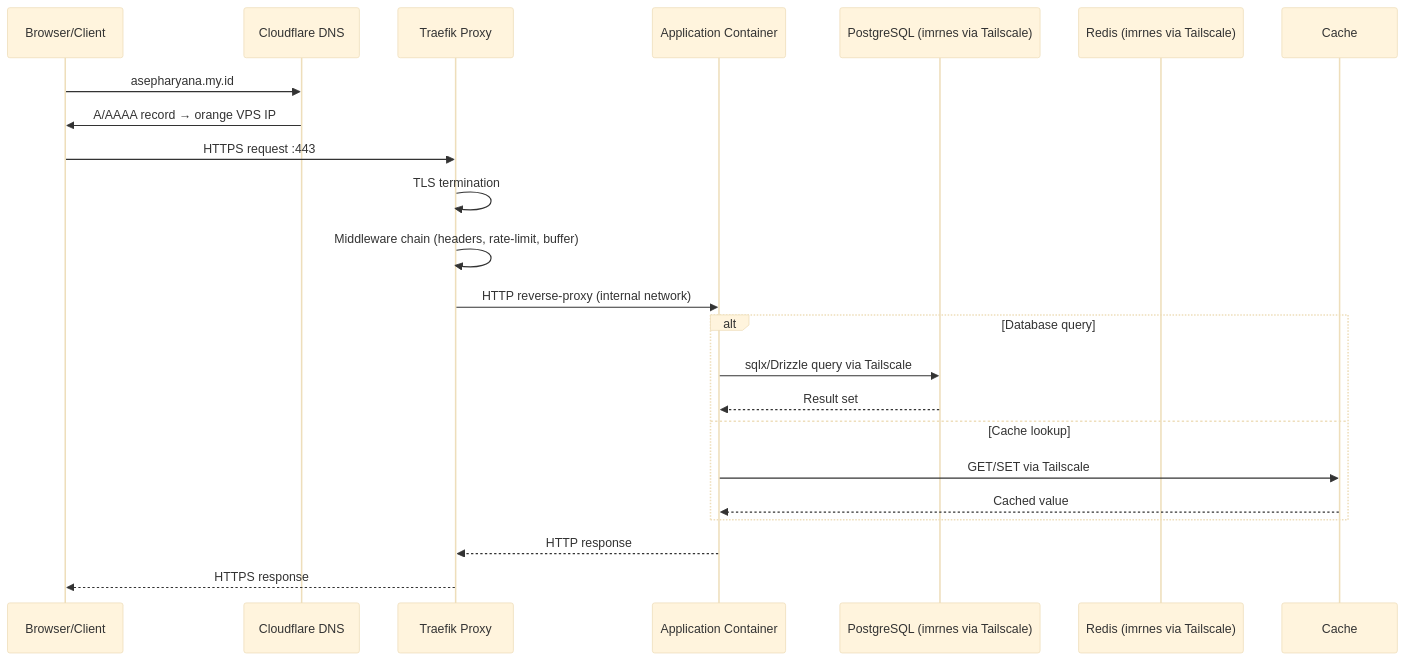
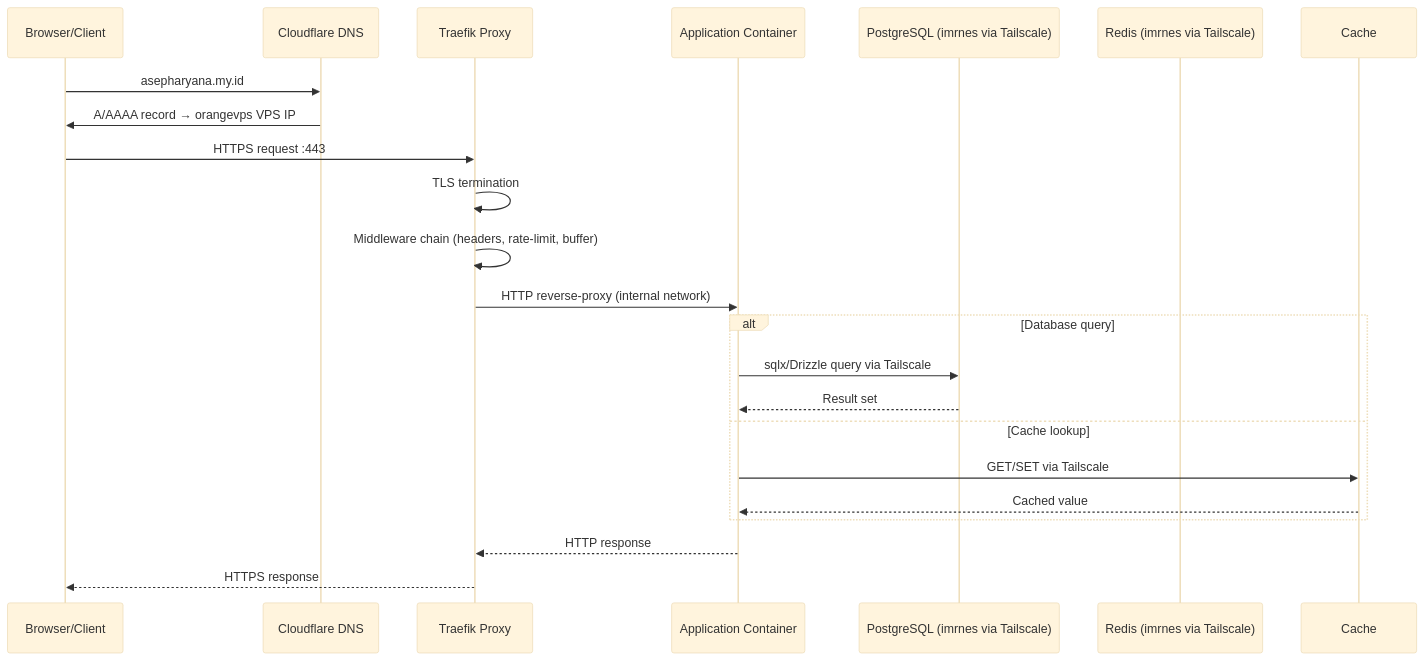
The second of 5 diagrams in ARCHITECTURE.md (asepharyana/asepharyana-hub), drawn with Mermaid (base theme) before and after one commit. The commit also changed other lines of this file and 2 other files, not shown here.

````diff
--- a/ARCHITECTURE.md
+++ b/ARCHITECTURE.md
@@ -126,27 +124,27 @@
 ```mermaid
 sequenceDiagram
     participant User as Browser/Client
     participant DNS as Cloudflare DNS
     participant Traefik as Traefik Proxy
     participant App as Application Container
     participant DB as PostgreSQL (imrnes via Tailscale)
     participant Redis as Redis (imrnes via Tailscale)
 
     User->>DNS: asepharyana.my.id
-    DNS->>User: A/AAAA record → orange VPS IP
+    DNS->>User: A/AAAA record → orangevps VPS IP
     User->>Traefik: HTTPS request :443
     Traefik->>Traefik: TLS termination
     Traefik->>Traefik: Middleware chain (headers, rate-limit, buffer)
     Traefik->>App: HTTP reverse-proxy (internal network)
 
     alt Database query
         App->>DB: sqlx/Drizzle query via Tailscale
         DB-->>App: Result set
     else Cache lookup
         App->>Cache: GET/SET via Tailscale
         Cache-->>App: Cached value
     end
 
     App-->>Traefik: HTTP response
     Traefik-->>User: HTTPS response
 ```
````
